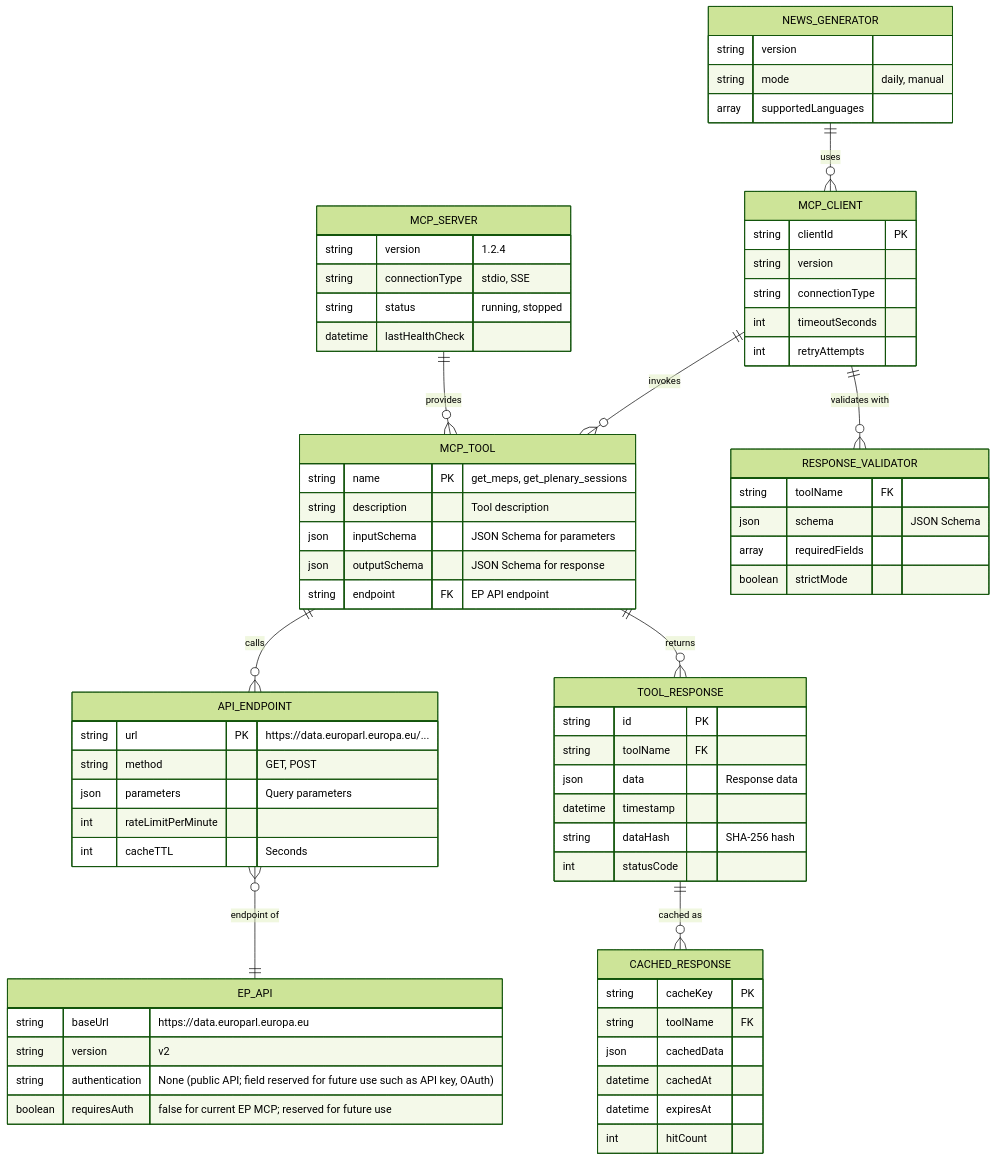
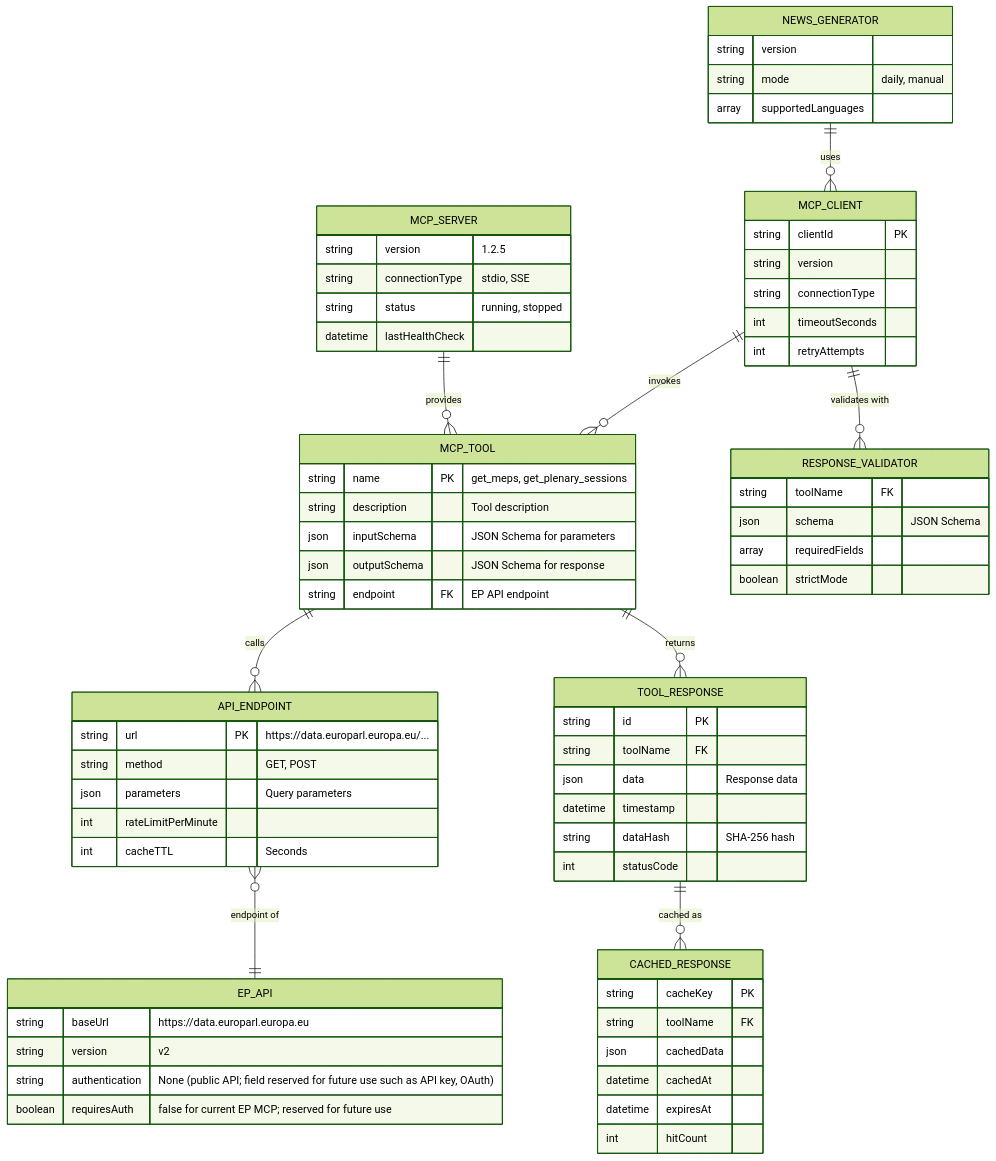
The third of 9 diagrams in DATA_MODEL.md (Hack23/euparliamentmonitor), drawn with Mermaid (forest theme) before and after one commit. The commit also changed 35 other files, not shown here.

````diff
--- a/DATA_MODEL.md
+++ b/DATA_MODEL.md
@@ -653,81 +653,81 @@
 ```mermaid
 erDiagram
     MCP_SERVER ||--o{ MCP_TOOL : "provides"
     MCP_TOOL ||--o{ API_ENDPOINT : "calls"
     API_ENDPOINT }o--|| EP_API : "endpoint of"
     MCP_TOOL ||--o{ TOOL_RESPONSE : "returns"
     TOOL_RESPONSE ||--o{ CACHED_RESPONSE : "cached as"
 
     NEWS_GENERATOR ||--o{ MCP_CLIENT : "uses"
     MCP_CLIENT ||--o{ MCP_TOOL : "invokes"
     MCP_CLIENT ||--o{ RESPONSE_VALIDATOR : "validates with"
 
     MCP_SERVER {
-        string version "1.2.4"
+        string version "1.2.5"
         string connectionType "stdio, SSE"
         string status "running, stopped"
         datetime lastHealthCheck
     }
 
     MCP_TOOL {
         string name PK "get_meps, get_plenary_sessions"
         string description "Tool description"
         json inputSchema "JSON Schema for parameters"
         json outputSchema "JSON Schema for response"
         string endpoint FK "EP API endpoint"
     }
 
     API_ENDPOINT {
         string url PK "https://data.europarl.europa.eu/..."
         string method "GET, POST"
         json parameters "Query parameters"
         int rateLimitPerMinute
         int cacheTTL "Seconds"
     }
 
     EP_API {
         string baseUrl "https://data.europarl.europa.eu"
         string version "v2"
         string authentication "None (public API; field reserved for future use such as API key, OAuth)"
         boolean requiresAuth "false for current EP MCP; reserved for future use"
     }
 
     TOOL_RESPONSE {
         string id PK
         string toolName FK
         json data "Response data"
         datetime timestamp
         string dataHash "SHA-256 hash"
         int statusCode
     }
 
     CACHED_RESPONSE {
         string cacheKey PK
         string toolName FK
         json cachedData
         datetime cachedAt
         datetime expiresAt
         int hitCount
     }
 
     MCP_CLIENT {
         string clientId PK
         string version
         string connectionType
         int timeoutSeconds
         int retryAttempts
     }
 
     RESPONSE_VALIDATOR {
         string toolName FK
         json schema "JSON Schema"
         array requiredFields
         boolean strictMode
     }
 
     NEWS_GENERATOR {
         string version
         string mode "daily, manual"
         array supportedLanguages
     }
 ```
````
